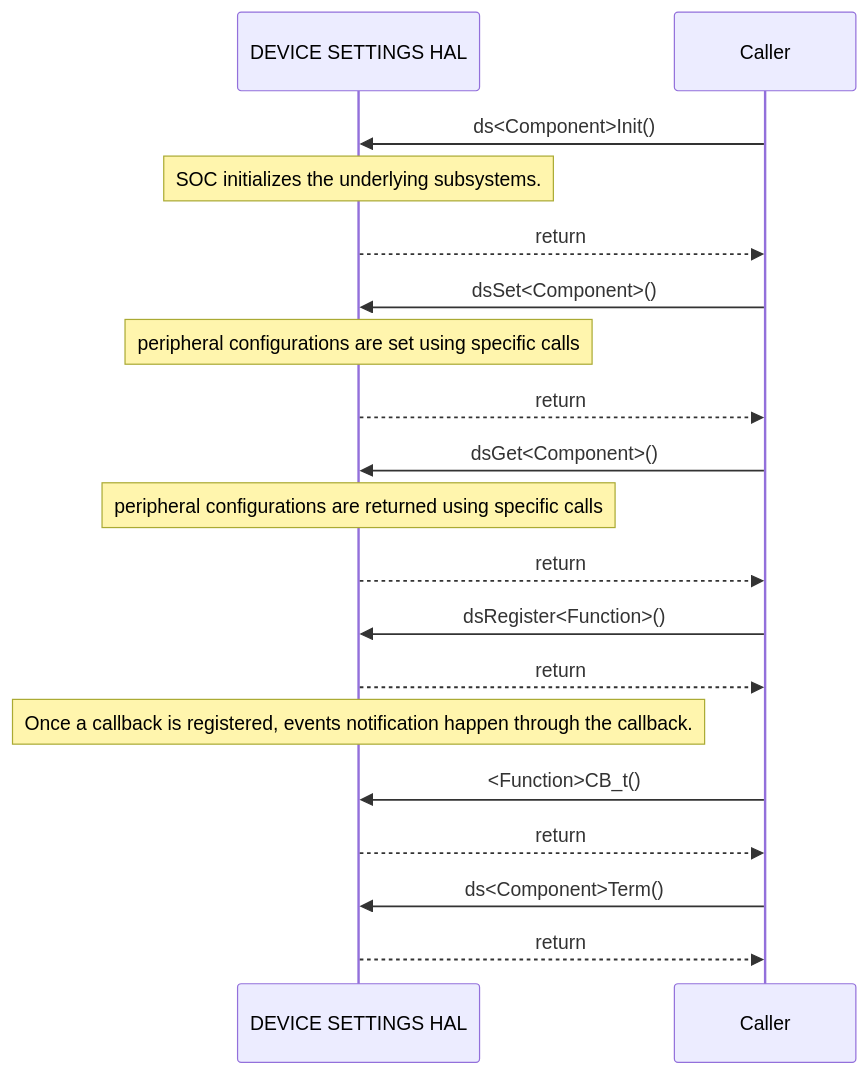
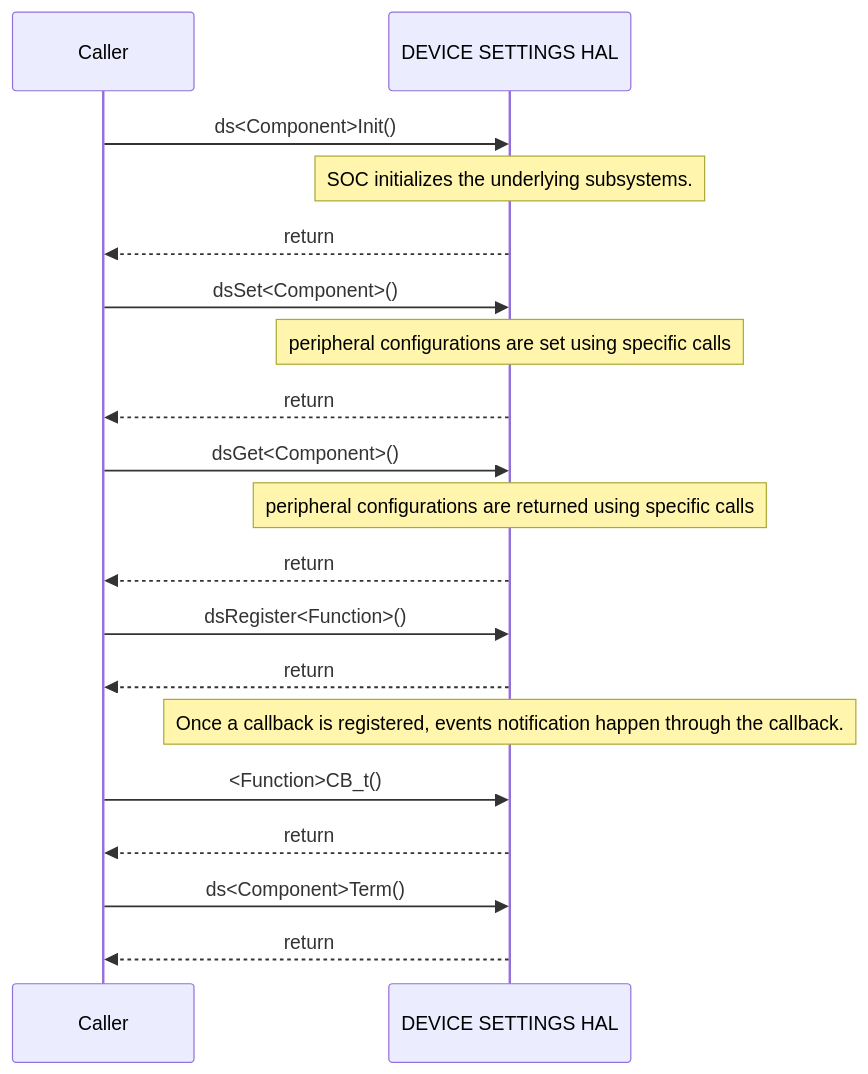
The second of 2 diagrams in docs/pages/halSpec.md (rdkcentral/rdk-halif-device_settings), drawn with Mermaid before and after one commit. The commit also changed other lines of this file and 9 other files, not shown here.

````diff
--- a/docs/pages/halSpec.md
+++ b/docs/pages/halSpec.md
@@ -204,21 +204,22 @@
 ```mermaid
 %%{ init : { "theme" : "default", "flowchart" : { "curve" : "stepBefore" }}}%%
    sequenceDiagram
+    participant Caller as Caller
     participant HAL as DEVICE SETTINGS HAL
     Caller->>HAL:ds<Component>Init()
     Note over HAL: SOC initializes the underlying subsystems.
     HAL-->>Caller:return
     Caller->>HAL:dsSet<Component>()
     Note over HAL: peripheral configurations are set using specific calls
     HAL-->>Caller:return
     Caller->>HAL:dsGet<Component>()
     Note over HAL: peripheral configurations are returned using specific calls
     HAL-->>Caller:return
     Caller->>HAL:dsRegister<Function>()
     HAL-->>Caller:return
     Note over HAL: Once a callback is registered, events notification happen through the callback.
     Caller->>HAL:<Function>CB_t()
     HAL-->>Caller:return
     Caller ->>HAL:ds<Component>Term()
     HAL-->>Caller:return
  ```
````
